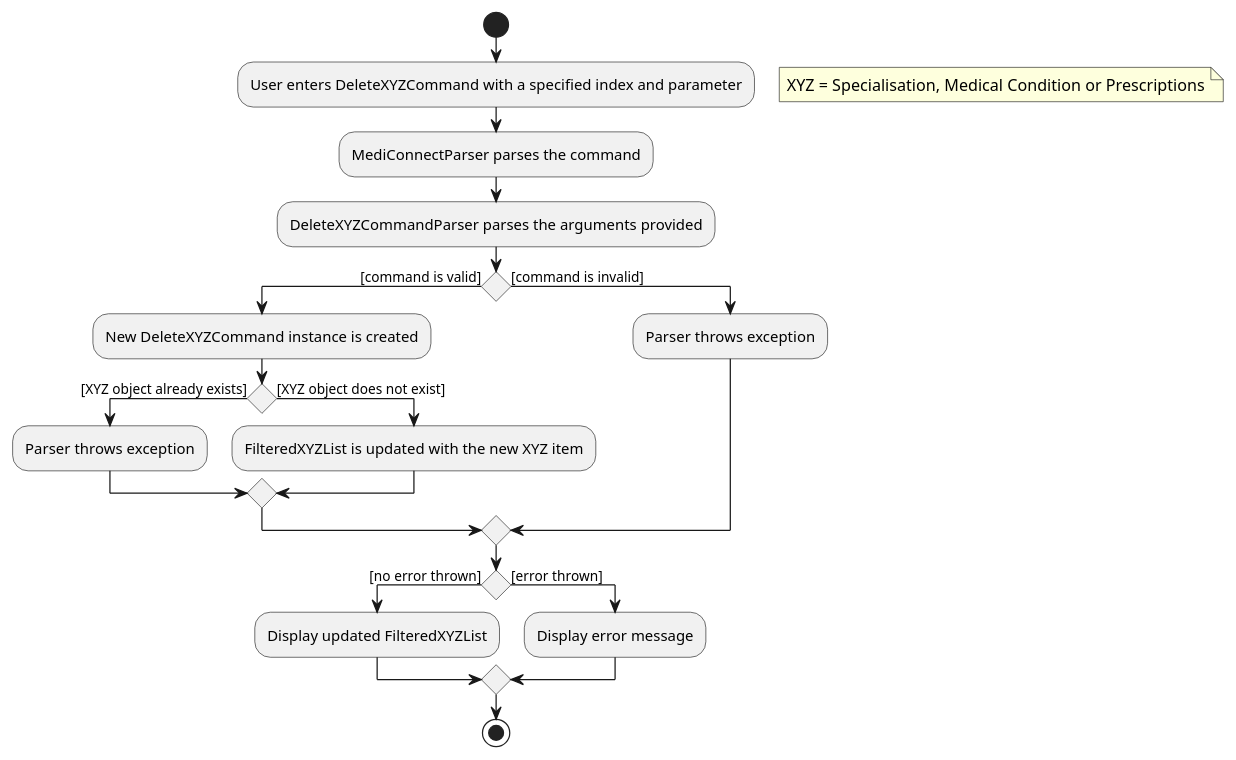
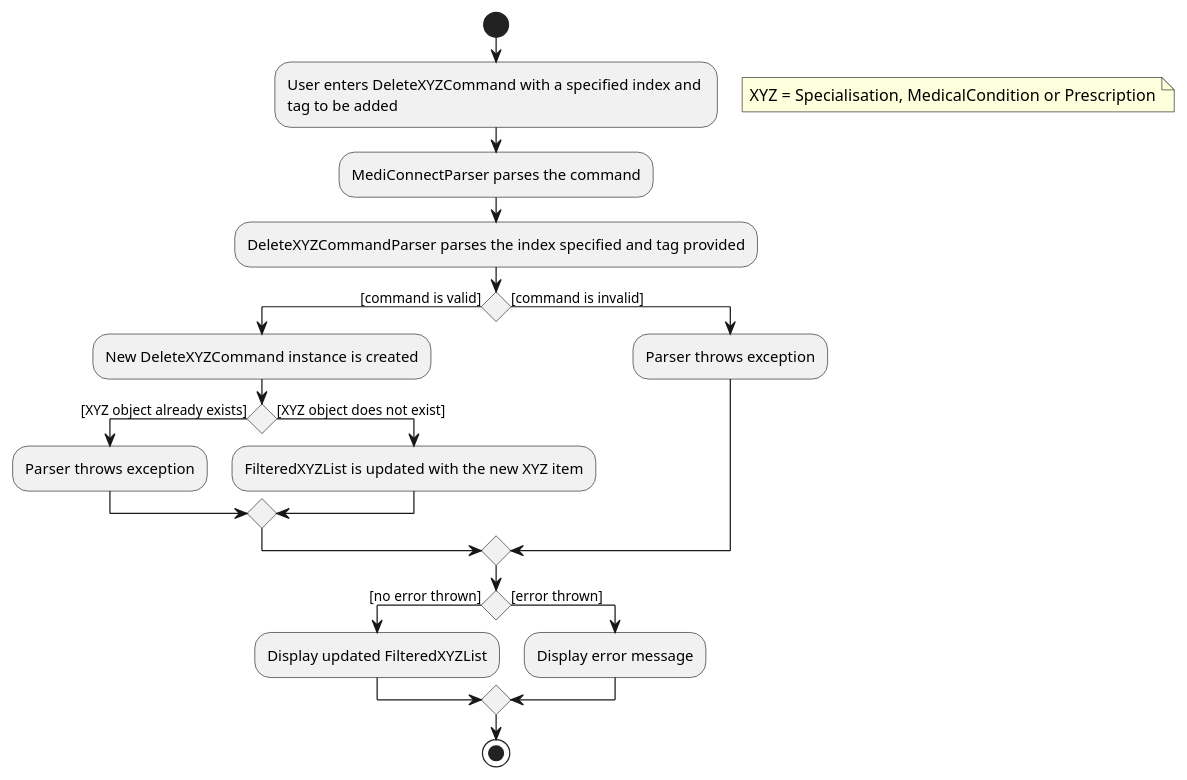
The diagram in docs/diagrams/DeleteXYZTagActivityDiagram.puml (yanghengtang/tp), drawn with PlantUML before and after one commit. The commit also changed 1 other file, not shown here.

Commit message:
Update DeleteXYZTagActivityDiagram

```diff
--- a/docs/diagrams/DeleteXYZTagActivityDiagram.puml
+++ b/docs/diagrams/DeleteXYZTagActivityDiagram.puml
@@ -1,28 +1,28 @@
 @startuml
 'https://plantuml.com/activity-diagram-beta
 
 start
-:User enters DeleteXYZCommand with a specified index and parameter;
+:User enters DeleteXYZCommand with a specified index and \ntag to be added;
 floating note right
-    XYZ = Specialisation, Medical Condition or Prescriptions
+    XYZ = Specialisation, MedicalCondition or Prescription
 end note
 :MediConnectParser parses the command;
-:DeleteXYZCommandParser parses the arguments provided;
+:DeleteXYZCommandParser parses the index specified and tag provided;
 if () then ([command is valid])
   :New DeleteXYZCommand instance is created;
   if () then ([XYZ object already exists])
     :Parser throws exception;
   else ([XYZ object does not exist])
   :FilteredXYZList is updated with the new XYZ item;
   endif
 else ([command is invalid])
   :Parser throws exception;
 endif
 if () then ([no error thrown])
   :Display updated FilteredXYZList;
 else ([error thrown])
   :Display error message;
 endif
 stop
 
 @enduml
```
